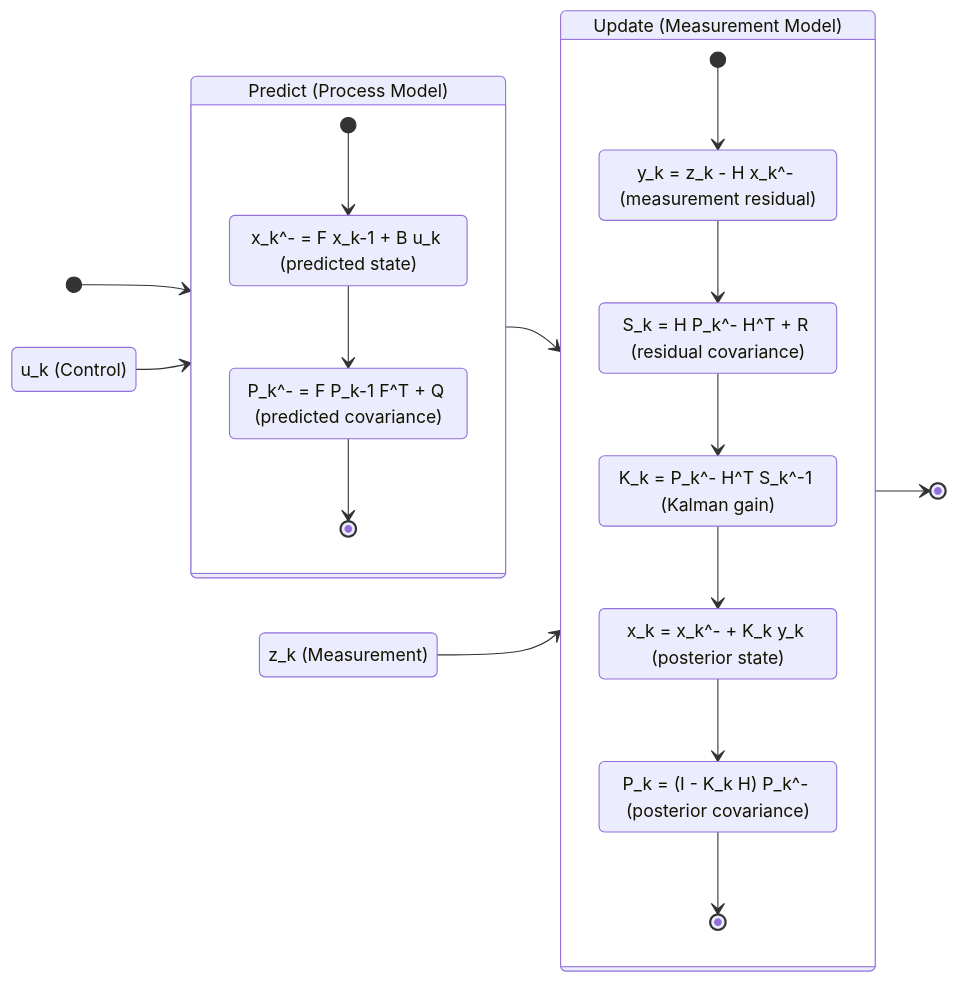
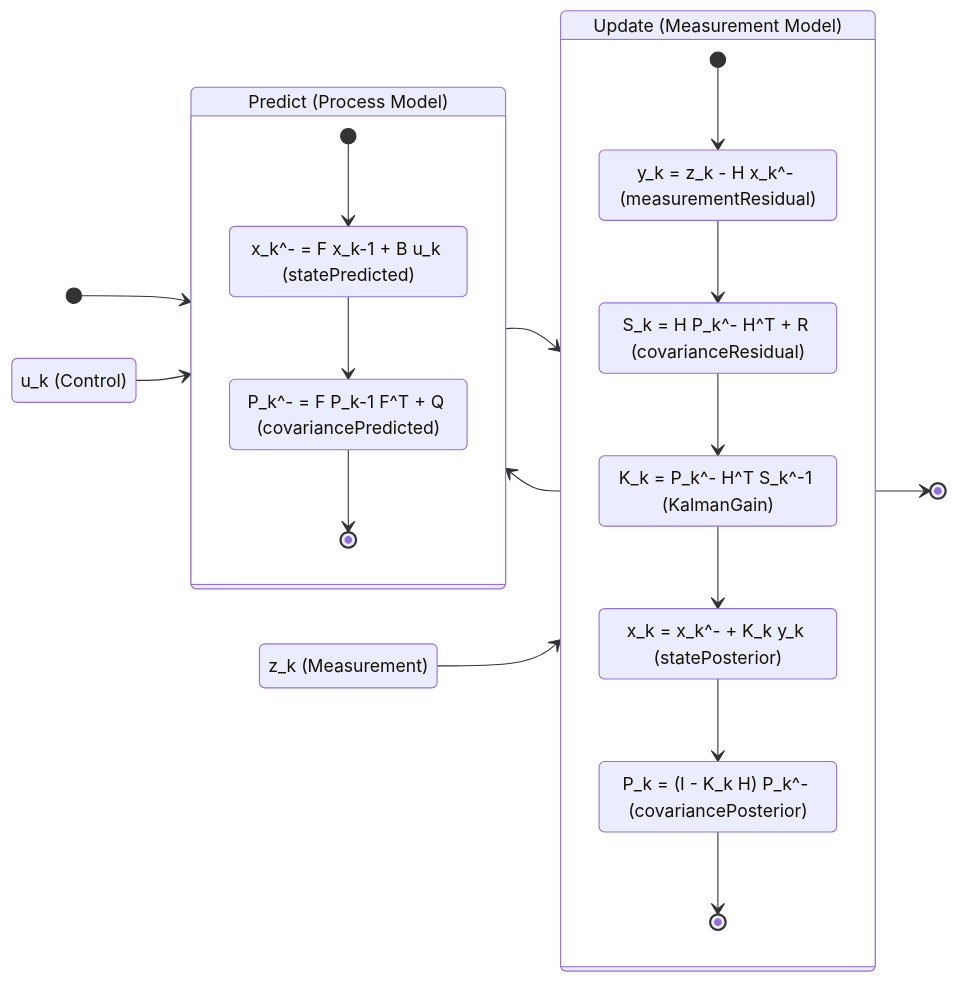
The diagram in README.md (dndydon/KalmanCore), drawn with Mermaid before and after one commit. The commit also changed 2 other files, not shown here.

Commit message:
Update Mermaid Diagram: KalmanFilterMermaid.mmd  and inline to README.

````diff
--- a/README.md
+++ b/README.md
@@ -17,35 +17,36 @@
 ```mermaid
 stateDiagram-v2
-    direction LR
+	direction LR
 
-    [*] --> Predict
-    Predict --> Update
-    Update --> [*]
+	[*] --> Predict
+	Predict --> Update
+	Update --> [*]
 
-    state "u_k (Control)" as Uk
-    state "z_k (Measurement)" as Zk
-    Uk --> Predict
-    Zk --> Update
+	state "u_k (Control)" as Uk
+	state "z_k (Measurement)" as Zk
+	Uk --> Predict
+	Zk --> Update
+	Update --> Predict
 
-    state "Predict (Process Model)" as Predict {
-        [*] --> Xpred
-        state "x_k^- = F x_k-1 + B u_k (predicted state)" as Xpred
-        Xpred --> Ppred
-        state "P_k^- = F P_k-1 F^T + Q (predicted covariance)" as Ppred
-        Ppred --> [*]
-    }
+	state "Predict (Process Model)" as Predict {
+		[*] --> Xpred
+		state "x_k^- = F x_k-1 + B u_k (statePredicted)" as Xpred
+		Xpred --> Ppred
+		state "P_k^- = F P_k-1 F^T + Q (covariancePredicted)" as Ppred
+		Ppred --> [*]
+	}
 
-    state "Update (Measurement Model)" as Update {
-        [*] --> Innov
-        state "y_k = z_k - H x_k^- (measurement residual)" as Innov
-        Innov --> Sk
-        state "S_k = H P_k^- H^T + R (residual covariance)" as Sk
-        Sk --> Kgain
-        state "K_k = P_k^- H^T S_k^-1 (Kalman gain)" as Kgain
-        Kgain --> Xpost
-        state "x_k = x_k^- + K_k y_k (posterior state)" as Xpost
-        Xpost --> Ppost
-        state "P_k = (I - K_k H) P_k^- (posterior covariance)" as Ppost
-        Ppost --> [*]
-    }
+	state "Update (Measurement Model)" as Update {
+		[*] --> Innov
+		state "y_k = z_k - H x_k^- (measurementResidual)" as Innov
+		Innov --> Sk
+		state "S_k = H P_k^- H^T + R (covarianceResidual)" as Sk
+		Sk --> Kgain
+		state "K_k = P_k^- H^T S_k^-1 (KalmanGain)" as Kgain
+		Kgain --> Xpost
+		state "x_k = x_k^- + K_k y_k (statePosterior)" as Xpost
+		Xpost --> Ppost
+		state "P_k = (I - K_k H) P_k^- (covariancePosterior)" as Ppost
+		Ppost --> [*]
+	}
 ```
````
